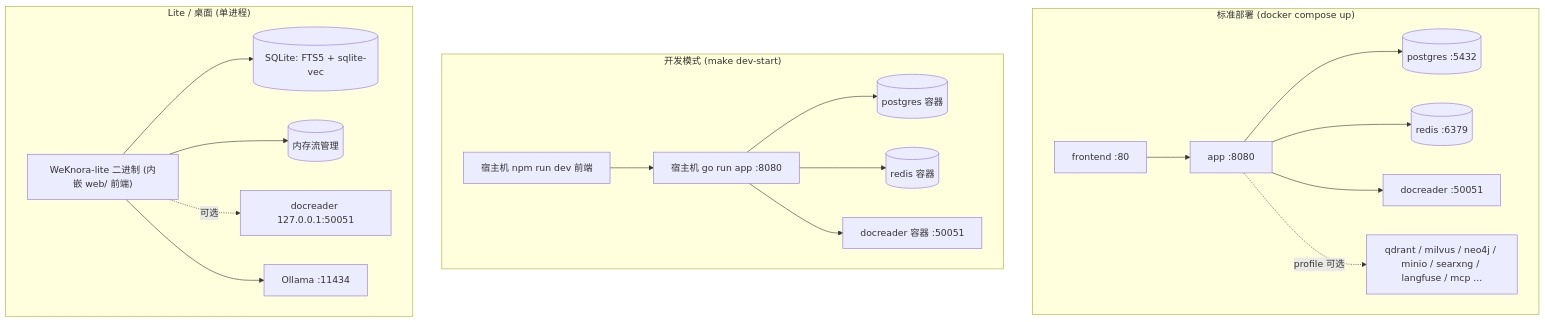
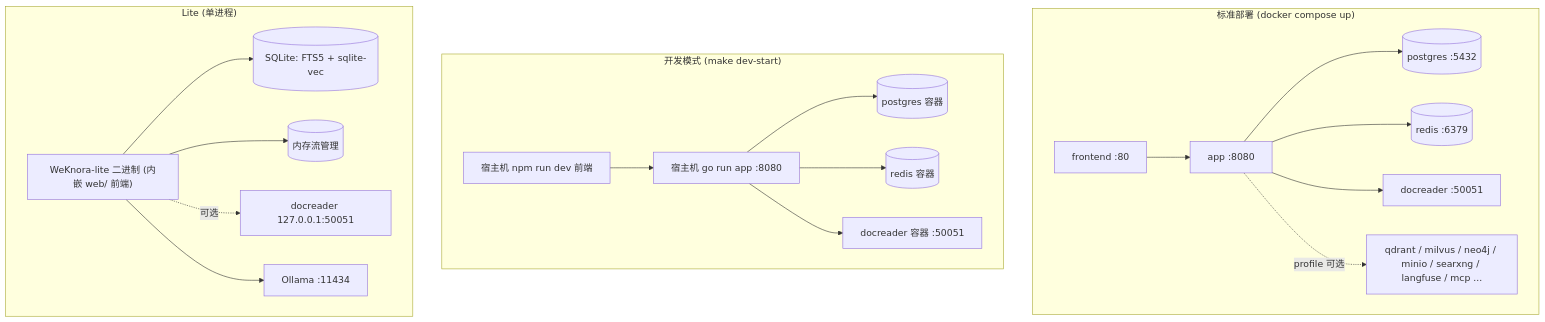
The first of 2 diagrams in website-docs/01-getting-started/02-installation.md (zsstrong2026/Know), drawn with Mermaid before and after one commit. The commit also changed other lines of this file and 59 other files, not shown here.

````diff
--- a/website-docs/01-getting-started/02-installation.md
+++ b/website-docs/01-getting-started/02-installation.md
@@ -16,23 +15,23 @@
 ```mermaid
 flowchart TB
     subgraph prod["标准部署 (docker compose up)"]
         FE1["frontend :80"] --> APP1["app :8080"]
         APP1 --> PG1[("postgres :5432")]
         APP1 --> RD1[("redis :6379")]
         APP1 --> DR1["docreader :50051"]
         APP1 -. "profile 可选" .-> OPT1["qdrant / milvus / neo4j / minio / searxng / langfuse / mcp ..."]
     end
     subgraph dev["开发模式 (make dev-start)"]
         LOCALAPP["宿主机 go run app :8080"] --> PG2[("postgres 容器")]
         LOCALAPP --> RD2[("redis 容器")]
         LOCALAPP --> DR2["docreader 容器 :50051"]
         LOCALFE["宿主机 npm run dev 前端"] --> LOCALAPP
     end
-    subgraph lite["Lite / 桌面 (单进程)"]
+    subgraph lite["Lite (单进程)"]
         BIN["WeKnora-lite 二进制 (内嵌 web/ 前端)"]
         BIN --> SQLITE[("SQLite: FTS5 + sqlite-vec")]
         BIN --> MEMQ[("内存流管理")]
         BIN -. "可选" .-> DR3["docreader 127.0.0.1:50051"]
         BIN --> OLLAMA["Ollama :11434"]
     end
 ```
````
